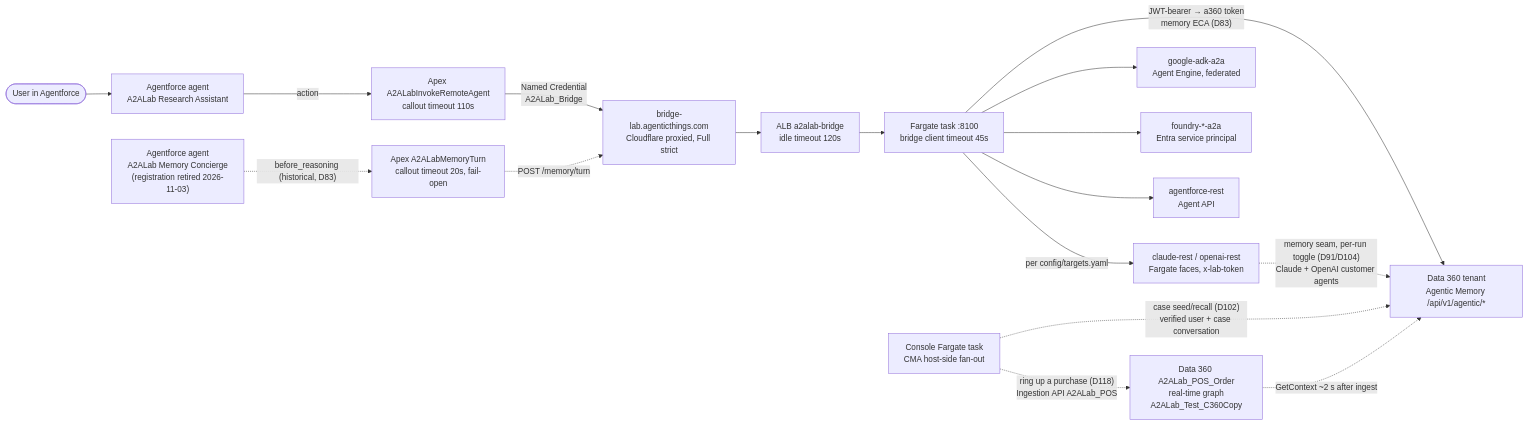
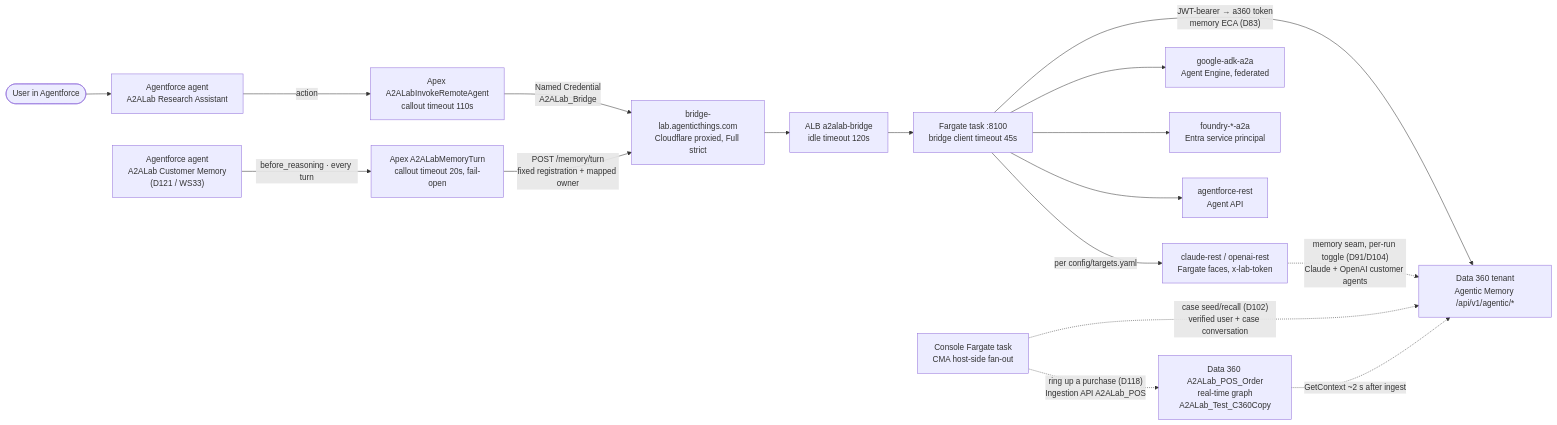
One commit to congmingwudi/a2a-lab changed the fourth of 11 diagrams in plan/09-deployment-map.md. Above: the diagram before and after it, drawn with Mermaid. The commit also changed other lines of this file and 33 other files, not shown here.

Commit message:
WS33 b1: add Agentforce to shared customer memory

````diff
--- a/plan/09-deployment-map.md
+++ b/plan/09-deployment-map.md
@@ -335,19 +335,19 @@
 ```mermaid
 flowchart LR
   USER(["User in Agentforce"]) --> AFA["Agentforce agent<br/>A2ALab Research Assistant"]
   AFA -->|"action"| APEX["Apex A2ALabInvokeRemoteAgent<br/>callout timeout 110s"]
   APEX -->|"Named Credential<br/>A2ALab_Bridge"| DNS["bridge-lab.agenticthings.com<br/>Cloudflare proxied, Full strict"]
   DNS --> ALBX["ALB a2alab-bridge<br/>idle timeout 120s"]
   ALBX --> BRX["Fargate task :8100<br/>bridge client timeout 45s"]
   BRX -->|"per config/targets.yaml"| T1["claude-rest / openai-rest<br/>Fargate faces, x-lab-token"]
   BRX --> T2["google-adk-a2a<br/>Agent Engine, federated"]
   BRX --> T3["foundry-*-a2a<br/>Entra service principal"]
   BRX --> T4["agentforce-rest<br/>Agent API"]
-  CON["Agentforce agent<br/>A2ALab Memory Concierge<br/>(registration retired 2026-11-03)"] -.->|"before_reasoning (historical, D83)"| MAPEX["Apex A2ALabMemoryTurn<br/>callout timeout 20s, fail-open"]
-  MAPEX -.->|"POST /memory/turn"| DNS
+  CON["Agentforce agent<br/>A2ALab Customer Memory<br/>(D121 / WS33)"] -->|"before_reasoning · every turn"| MAPEX["Apex A2ALabMemoryTurn<br/>callout timeout 20s, fail-open"]
+  MAPEX -->|"POST /memory/turn<br/>fixed registration + mapped owner"| DNS
   BRX -->|"JWT-bearer → a360 token<br/>memory ECA (D83)"| MEM["Data 360 tenant<br/>Agentic Memory /api/v1/agentic/*"]
   T1 -.->|"memory seam, per-run toggle (D91/D104)<br/>Claude + OpenAI customer agents"| MEM
   CMA["Console Fargate task<br/>CMA host-side fan-out"] -.->|"case seed/recall (D102)<br/>verified user + case conversation"| MEM
   CMA -.->|"ring up a purchase (D118)<br/>Ingestion API A2ALab_POS"| POSDMO["Data 360 A2ALab_POS_Order<br/>real-time graph<br/>A2ALab_Test_C360Copy"]
   POSDMO -.->|"GetContext ~2 s after ingest"| MEM
 ```
````
